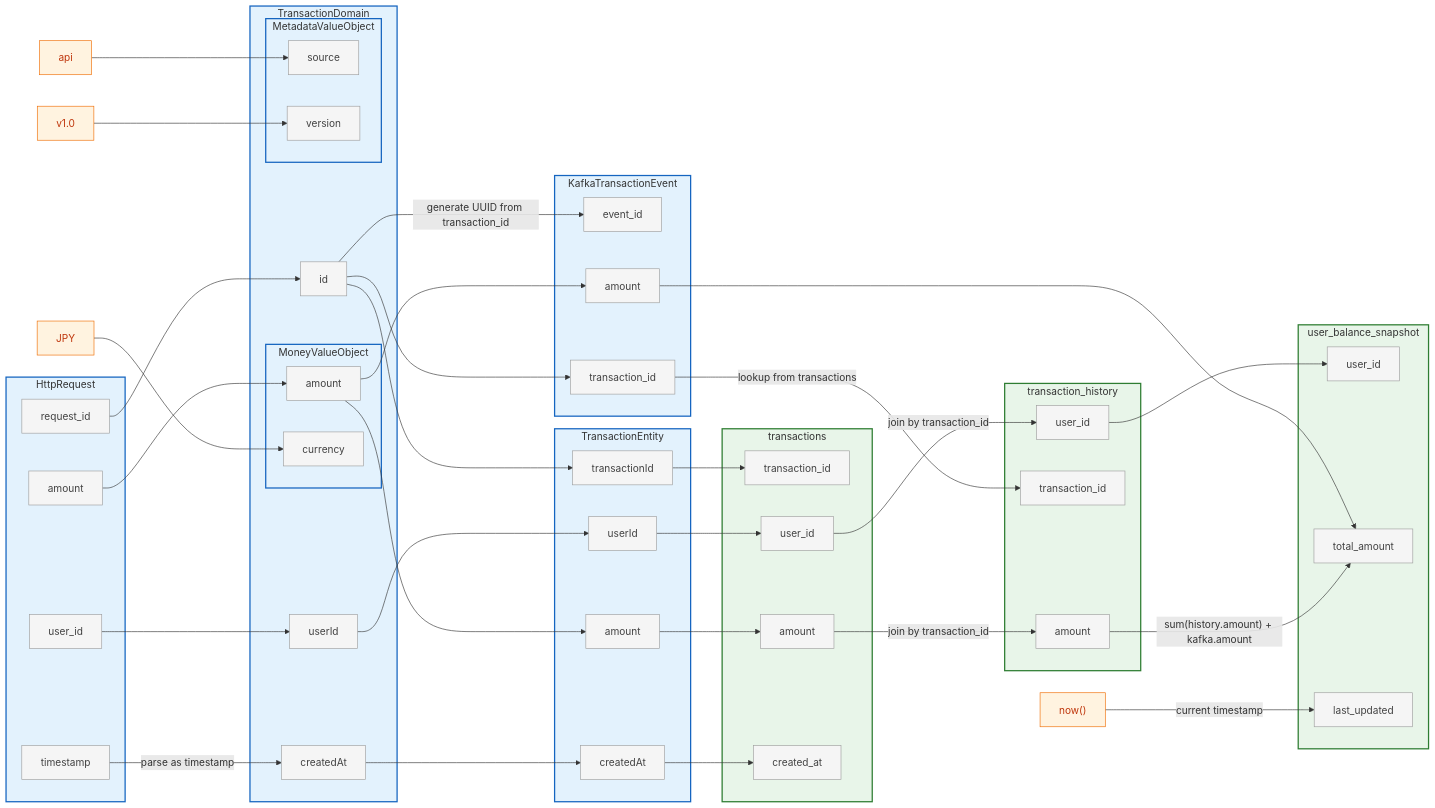
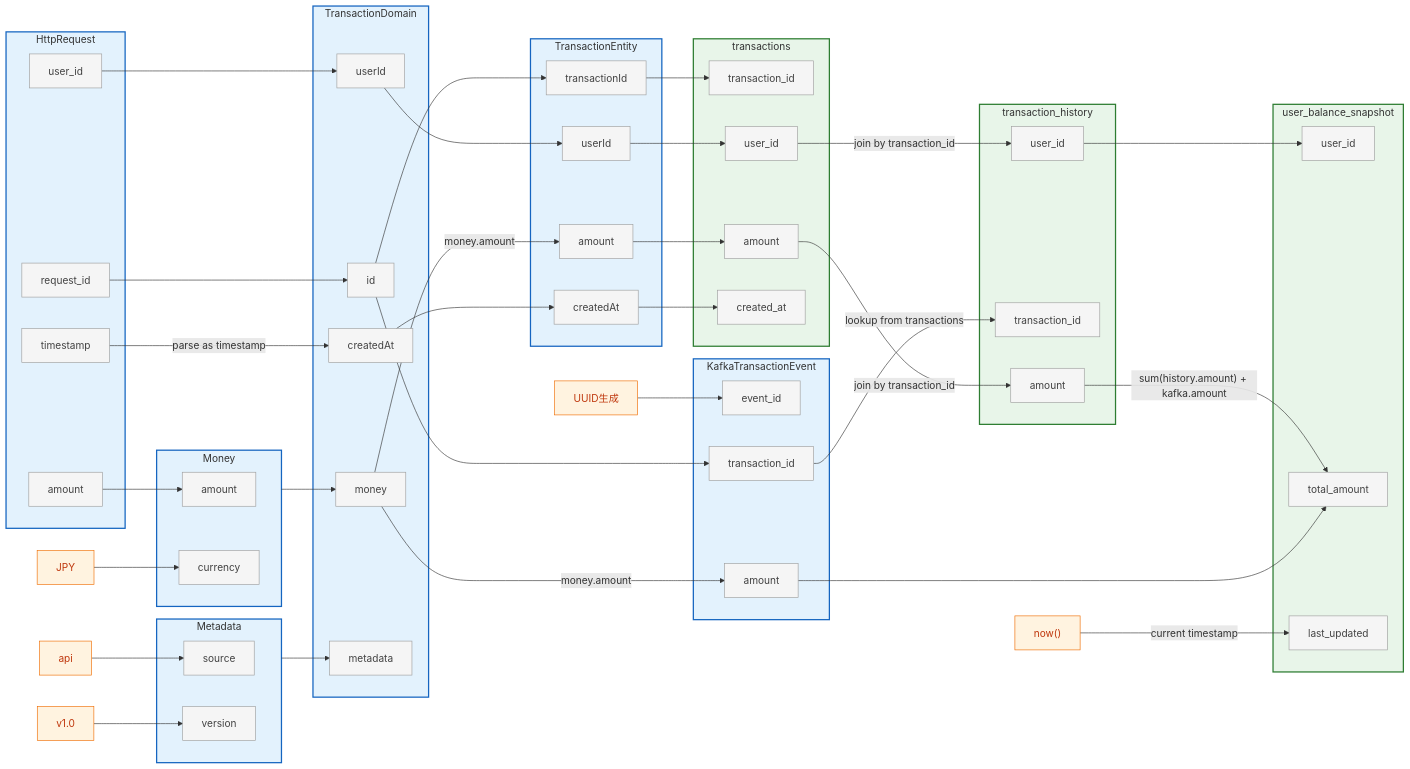
Before and after one commit to suwa-sh/lineage-to-graph: the diagram in README.md, drawn with Mermaid. The commit also changed other lines of this file and 10 other files, not shown here.

````diff
--- a/README.md
+++ b/README.md
@@ -14,48 +14,6 @@
   classDef datastore_bg fill:#E8F5E9,stroke:#2E7D32,stroke-width:2px;
   classDef property fill:#F5F5F5,stroke:#9E9E9E,stroke-width:1px,color:#424242;
   classDef literal fill:#FFF3E0,stroke:#EF6C00,stroke-width:1px,color:#BF360C;
-
-    subgraph HttpRequest[HttpRequest]
-      HttpRequest_request_id["request_id"]:::property
-      HttpRequest_user_id["user_id"]:::property
-      HttpRequest_amount["amount"]:::property
-      HttpRequest_timestamp["timestamp"]:::property
-    end
-    class HttpRequest program_bg
-
-    subgraph TransactionDomain[TransactionDomain]
-      TransactionDomain_id["id"]:::property
-      TransactionDomain_userId["userId"]:::property
-      TransactionDomain_createdAt["createdAt"]:::property
-
-      subgraph TransactionDomain_MoneyValueObject[MoneyValueObject]
-        TransactionDomain_MoneyValueObject_amount["amount"]:::property
-        TransactionDomain_MoneyValueObject_currency["currency"]:::property
-      end
-      class TransactionDomain_MoneyValueObject program_bg
-      subgraph TransactionDomain_MetadataValueObject[MetadataValueObject]
-        TransactionDomain_MetadataValueObject_source["source"]:::property
-        TransactionDomain_MetadataValueObject_version["version"]:::property
-      end
-      class TransactionDomain_MetadataValueObject program_bg
-    end
-    class TransactionDomain program_bg
-
-    subgraph TransactionEntity[TransactionEntity]
-      TransactionEntity_transactionId["transactionId"]:::property
-      TransactionEntity_userId["userId"]:::property
-      TransactionEntity_amount["amount"]:::property
-      TransactionEntity_createdAt["createdAt"]:::property
-    end
-    class TransactionEntity program_bg
-
-    subgraph transactions[transactions]
-      transactions_transaction_id["transaction_id"]:::property
-      transactions_user_id["user_id"]:::property
-      transactions_amount["amount"]:::property
-      transactions_created_at["created_at"]:::property
-    end
-    class transactions datastore_bg
 
     subgraph KafkaTransactionEvent[KafkaTransactionEvent]
       KafkaTransactionEvent_event_id["event_id"]:::property
@@ -78,27 +36,75 @@
     end
     class user_balance_snapshot datastore_bg
 
+    subgraph TransactionDomain[TransactionDomain]
+      TransactionDomain_id["id"]:::property
+      TransactionDomain_userId["userId"]:::property
+      TransactionDomain_createdAt["createdAt"]:::property
+      TransactionDomain_money["money"]:::property
+      TransactionDomain_metadata["metadata"]:::property
+    end
+    class TransactionDomain program_bg
+
+    subgraph Money[Money]
+      Money_amount["amount"]:::property
+      Money_currency["currency"]:::property
+    end
+    class Money program_bg
+
+    subgraph TransactionEntity[TransactionEntity]
+      TransactionEntity_transactionId["transactionId"]:::property
+      TransactionEntity_userId["userId"]:::property
+      TransactionEntity_amount["amount"]:::property
+      TransactionEntity_createdAt["createdAt"]:::property
+    end
+    class TransactionEntity program_bg
+
+    subgraph HttpRequest[HttpRequest]
+      HttpRequest_request_id["request_id"]:::property
+      HttpRequest_user_id["user_id"]:::property
+      HttpRequest_amount["amount"]:::property
+      HttpRequest_timestamp["timestamp"]:::property
+    end
+    class HttpRequest program_bg
+
+    subgraph Metadata[Metadata]
+      Metadata_source["source"]:::property
+      Metadata_version["version"]:::property
+    end
+    class Metadata program_bg
+
+    subgraph transactions[transactions]
+      transactions_transaction_id["transaction_id"]:::property
+      transactions_user_id["user_id"]:::property
+      transactions_amount["amount"]:::property
+      transactions_created_at["created_at"]:::property
+    end
+    class transactions datastore_bg
+
   HttpRequest_request_id --> TransactionDomain_id
   HttpRequest_user_id --> TransactionDomain_userId
-  HttpRequest_amount --> TransactionDomain_MoneyValueObject_amount
+  HttpRequest_timestamp -->|"parse as timestamp"| TransactionDomain_createdAt
+  HttpRequest_amount --> Money_amount
   lit_JPY["JPY"]:::literal
-  lit_JPY --> TransactionDomain_MoneyValueObject_currency
-  HttpRequest_timestamp -->|"parse as timestamp"| TransactionDomain_createdAt
+  lit_JPY --> Money_currency
   lit_api["api"]:::literal
-  lit_api --> TransactionDomain_MetadataValueObject_source
+  lit_api --> Metadata_source
   lit_v1_0["v1.0"]:::literal
-  lit_v1_0 --> TransactionDomain_MetadataValueObject_version
+  lit_v1_0 --> Metadata_version
+  Money --> TransactionDomain_money
+  Metadata --> TransactionDomain_metadata
   TransactionDomain_id --> TransactionEntity_transactionId
   TransactionDomain_userId --> TransactionEntity_userId
-  TransactionDomain_MoneyValueObject_amount --> TransactionEntity_amount
+  TransactionDomain_money -->|"money.amount"| TransactionEntity_amount
   TransactionDomain_createdAt --> TransactionEntity_createdAt
   TransactionEntity_transactionId --> transactions_transaction_id
   TransactionEntity_userId --> transactions_user_id
   TransactionEntity_amount --> transactions_amount
   TransactionEntity_createdAt --> transactions_created_at
   TransactionDomain_id --> KafkaTransactionEvent_transaction_id
-  TransactionDomain_id -->|"generate UUID from transaction_id"| KafkaTransactionEvent_event_id
-  TransactionDomain_MoneyValueObject_amount --> KafkaTransactionEvent_amount
+  lit_UUID["UUID生成"]:::literal
+  lit_UUID --> KafkaTransactionEvent_event_id
+  TransactionDomain_money -->|"money.amount"| KafkaTransactionEvent_amount
   KafkaTransactionEvent_transaction_id -->|"lookup from transactions"| transaction_history_transaction_id
   transactions_user_id -->|"join by transaction_id"| transaction_history_user_id
   transactions_amount -->|"join by transaction_id"| transaction_history_amount
@@ -107,4 +113,7 @@
   KafkaTransactionEvent_amount --> user_balance_snapshot_total_amount
   lit_now["now()"]:::literal
   lit_now -->|"current timestamp"| user_balance_snapshot_last_updated
+
+  style Money fill:#E3F2FD,stroke:#1565C0,stroke-width:2px
+  style Metadata fill:#E3F2FD,stroke:#1565C0,stroke-width:2px
 ```
````
